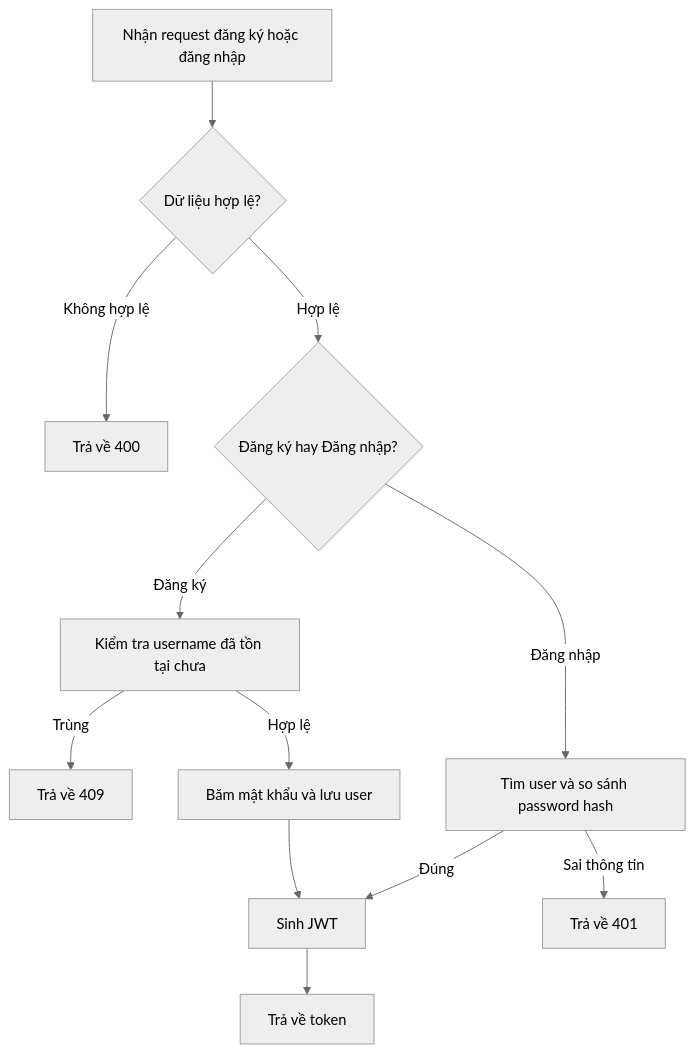
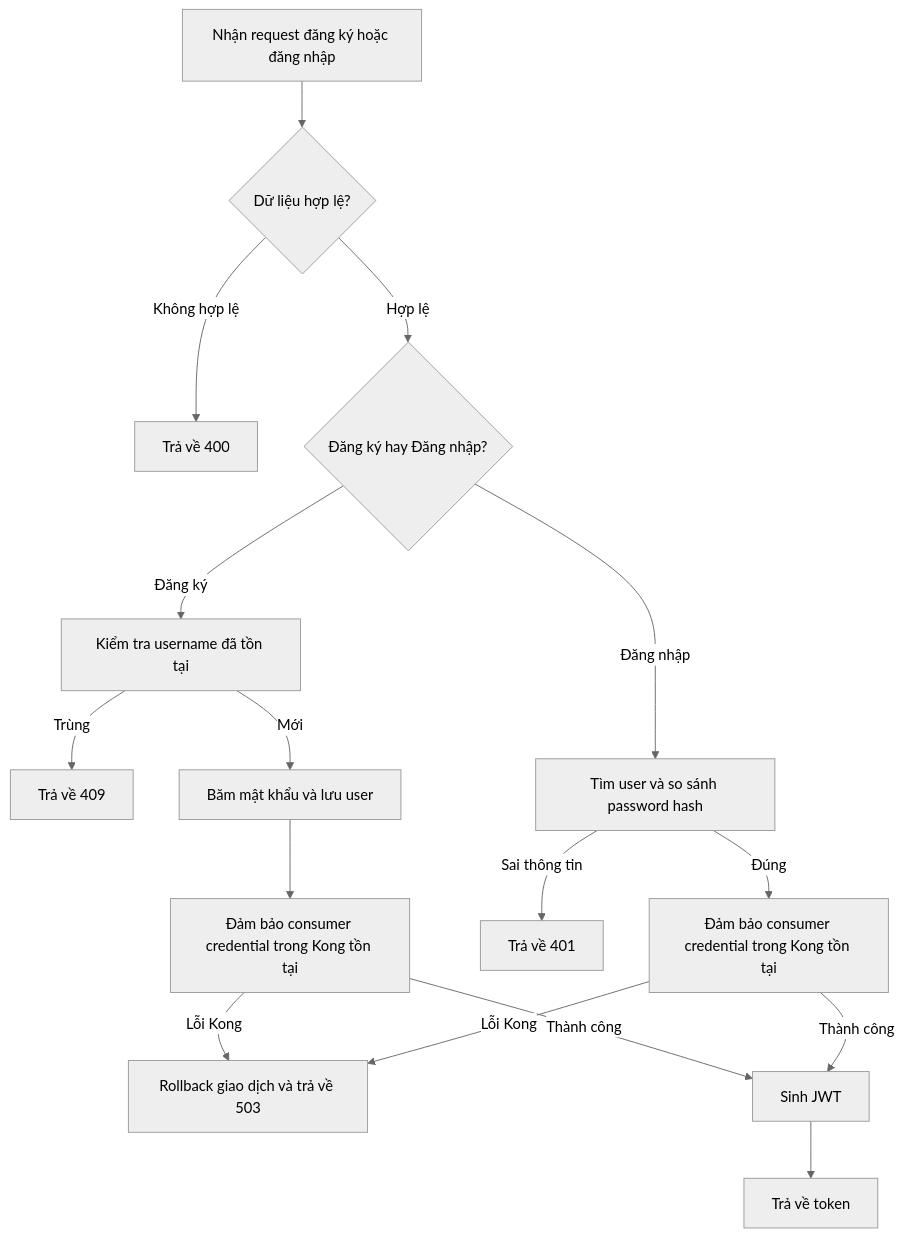
One commit to HungDung2012/mini-banking-transfer-system changed the third of 5 diagrams in docs/analysis-and-design-ddd.md. Above: the diagram before and after it, drawn with Mermaid (neutral theme). The commit also changed other lines of this file and 3 other files, not shown here.

````diff
--- a/docs/analysis-and-design-ddd.md
+++ b/docs/analysis-and-design-ddd.md
@@ -187,14 +221,18 @@
 ```mermaid
 flowchart TD
     A[Nhận request đăng ký hoặc đăng nhập] --> B{Dữ liệu hợp lệ?}
     B -->|Không hợp lệ| C[Trả về 400]
     B -->|Hợp lệ| D{Đăng ký hay Đăng nhập?}
-    D -->|Đăng ký| E[Kiểm tra username đã tồn tại chưa]
+    D -->|Đăng ký| E[Kiểm tra username đã tồn tại]
     E -->|Trùng| F[Trả về 409]
-    E -->|Hợp lệ| G[Băm mật khẩu và lưu user]
-    G --> H[Sinh JWT]
-    H --> I[Trả về token]
-    D -->|Đăng nhập| J[Tìm user và so sánh password hash]
-    J -->|Sai thông tin| K[Trả về 401]
-    J -->|Đúng| H
+    E -->|Mới| G[Băm mật khẩu và lưu user]
+    G --> H[Đảm bảo consumer credential trong Kong tồn tại]
+    H -->|Lỗi Kong| I[Rollback giao dịch và trả về 503]
+    H -->|Thành công| J[Sinh JWT]
+    J --> K[Trả về token]
+    D -->|Đăng nhập| L[Tìm user và so sánh password hash]
+    L -->|Sai thông tin| M[Trả về 401]
+    L -->|Đúng| H2[Đảm bảo consumer credential trong Kong tồn tại]
+    H2 -->|Lỗi Kong| I
+    H2 -->|Thành công| J
 ```
````
